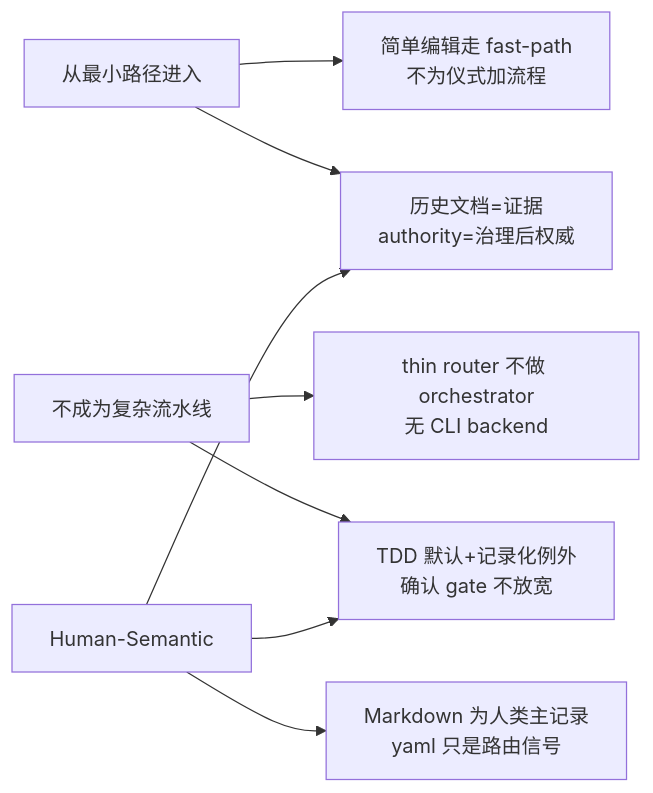
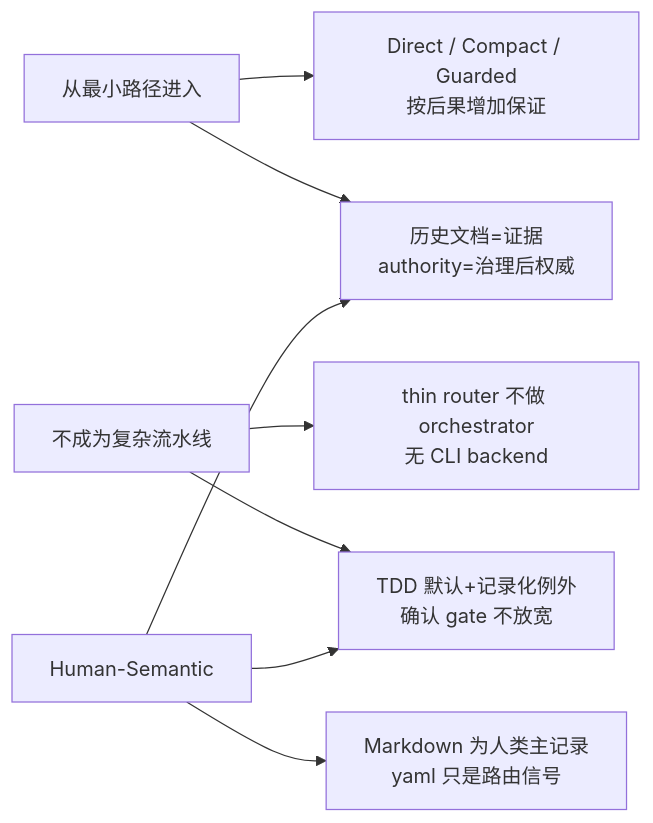
The first of 5 diagrams in docs/share/workflow-and-design.md (yomij/doc-loom-least), drawn with Mermaid before and after one commit. The commit also changed other lines of this file and 24 other files, not shown here.

````diff
--- a/docs/share/workflow-and-design.md
+++ b/docs/share/workflow-and-design.md
@@ -48,8 +49,8 @@
 ```mermaid
 flowchart LR
-    P1["从最小路径进入"] --> C1["简单编辑走 fast-path<br/>不为仪式加流程"]
+    P1["从最小路径进入"] --> C1["Direct / Compact / Guarded<br/>按后果增加保证"]
     P2["不成为复杂流水线"] --> C2["thin router 不做 orchestrator<br/>无 CLI backend"]
     P3["Human-Semantic"] --> C3["Markdown 为人类主记录<br/>yaml 只是路由信号"]
     P1 & P3 --> C4["历史文档=证据<br/>authority=治理后权威"]
     P2 & P3 --> C5["TDD 默认+记录化例外<br/>确认 gate 不放宽"]
 ```
````
